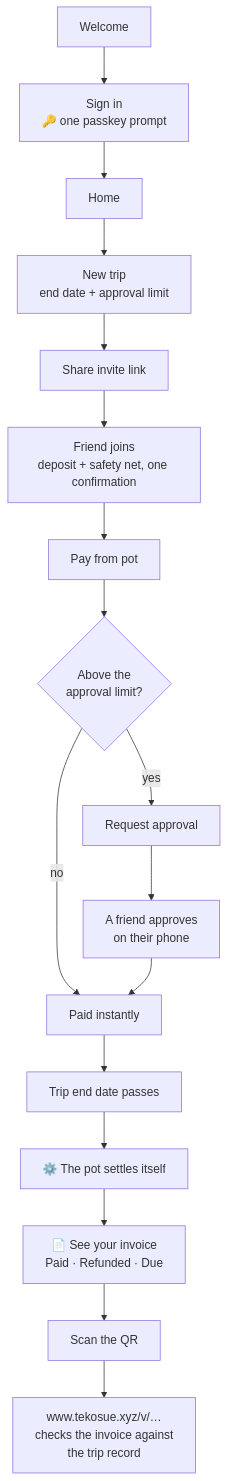
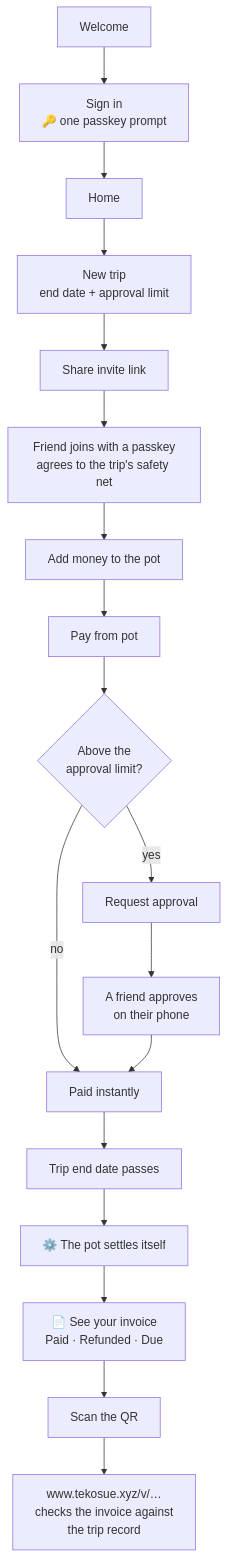
Before and after one commit to sewunodetech/tekosue: the fourth of 13 diagrams in README.md, drawn with Mermaid. The commit also changed other lines of this file and 1 other file, not shown here.

````diff
--- a/README.md
+++ b/README.md
@@ -111,14 +111,15 @@
 ```mermaid
 flowchart TD
     W[Welcome] --> S["Sign in<br/>🔑 one passkey prompt"] --> H[Home]
     H --> N["New trip<br/>end date + approval limit"] --> I[Share invite link]
-    I --> J["Friend joins<br/>deposit + safety net, one confirmation"]
-    J --> P[Pay from pot]
+    I --> J["Friend joins with a passkey<br/>agrees to the trip's safety net"]
+    J --> M["Add money to the pot"]
+    M --> P[Pay from pot]
     P --> Q{Above the<br/>approval limit?}
     Q -- no --> F[Paid instantly]
     Q -- yes --> R[Request approval] --> A[A friend approves<br/>on their phone] --> F
     F --> E[Trip end date passes]
     E --> X["⚙️ The pot settles itself"]
     X --> V["📄 See your invoice<br/>Paid · Refunded · Due"]
     V --> QR["Scan the QR"] --> WEB["www.tekosue.xyz/v/…<br/>checks the invoice against<br/>the trip record"]
 ```
````
